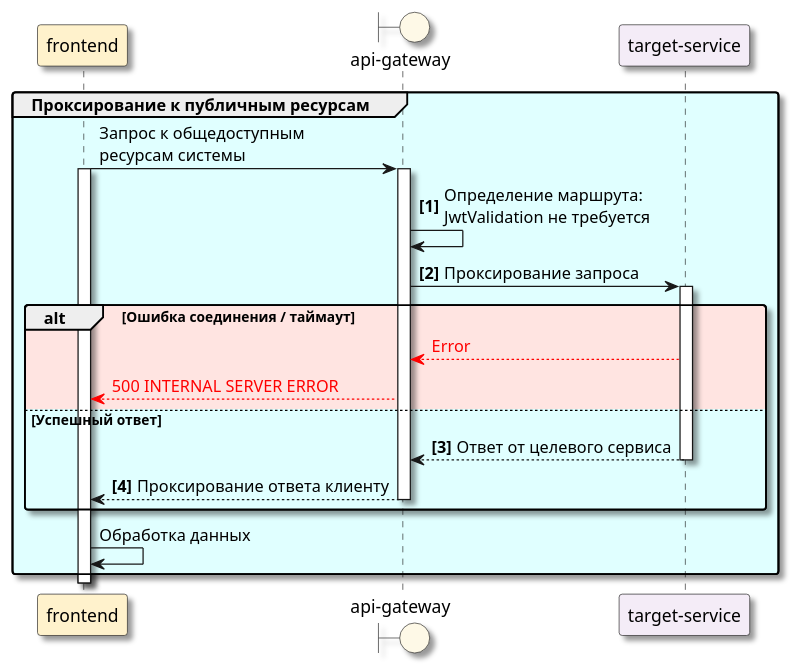
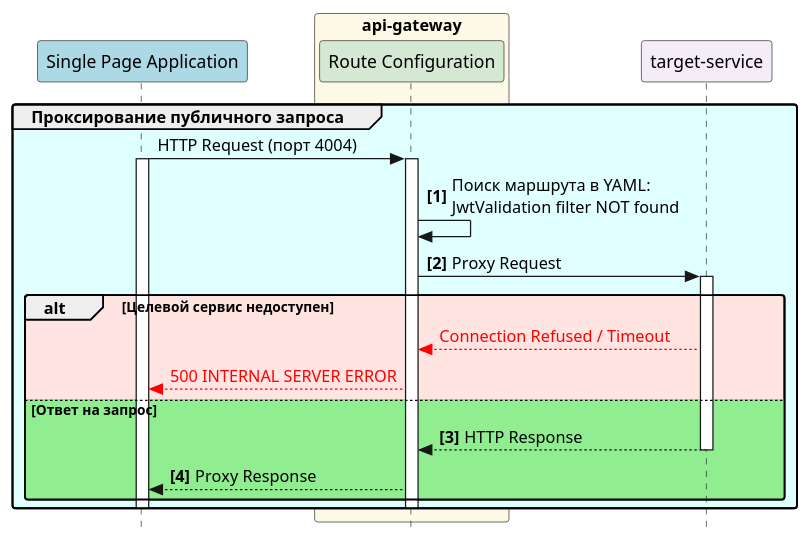
One commit to ni1a207/Healthcare-System changed the diagram in Docs/As is/Diagrams/APIGateway.routing.puml. Above: the diagram before and after it, drawn with PlantUML. The commit also changed 9 other files, not shown here.

```diff
--- a/Docs/As is/Diagrams/APIGateway.routing.puml
+++ b/Docs/As is/Diagrams/APIGateway.routing.puml
@@ -1,43 +1,46 @@
 @startuml
 skinparam Shadowing true
 skinparam RoundCorner 5
 skinparam MaxMessageSize 250
+skinparam Style strictuml
 
-participant "frontend" as FE #FFF2CC
-boundary "api-gateway" as GW #FEF9E7
+participant "Single Page Application" as SPA #LightBlue
+
+box "api-gateway" #FEF9E7
+    participant "Route Configuration" as RC #D5E8D4
+end box
+
+' Теперь сервис находится за границей гейтвея
 participant "target-service" as TS #F4ECF7
 
 autonumber "<b>[0]</b>"
-
-group #LightCyan Проксирование к публичным ресурсам
 autonumber stop
 
-    FE -> GW: Запрос к общедоступным\nресурсам системы
-    activate FE #White
-    activate GW
+group #LightCyan Проксирование публичного запроса
+    SPA -> RC: HTTP Request (порт 4004)
+    activate SPA
+    activate RC
+
 autonumber resume
+    RC -> RC: Поиск маршрута в YAML:\nJwtValidation filter NOT found
 
-    GW -> GW: Определение маршрута:\nJwtValidation не требуется
-
-    GW -> TS: Проксирование запроса
+    RC -> TS: Proxy Request
     activate TS
 
-    alt #MistyRose Ошибка соединения / таймаут
-        autonumber stop
-        TS --[#red]> GW: <font color="red">Error</font>
-        GW --[#red]> FE: <font color="red">500 INTERNAL SERVER ERROR</font>
+autonumber stop
+    alt #MistyRose Целевой сервис недоступен
+        TS --[#red]> RC: <color:#red>Connection Refused / Timeout </color>
+        RC  --[#red]> SPA: <color:#red>500 INTERNAL SERVER ERROR</color>
+
+    else #LightGreen Ответ на запрос
         autonumber resume
-    else #LightCyan Успешный ответ
-        TS --> GW: Ответ от целевого сервиса
+        TS --> RC: HTTP Response
         deactivate TS
 
-        GW --> FE: Проксирование ответа клиенту
-        deactivate GW
+        RC --> SPA: Proxy Response
     end
-autonumber stop
 
-    FE -> FE: Обработка данных
+    deactivate RC
+    deactivate SPA
 end
-    deactivate FE
-
 @enduml
```
